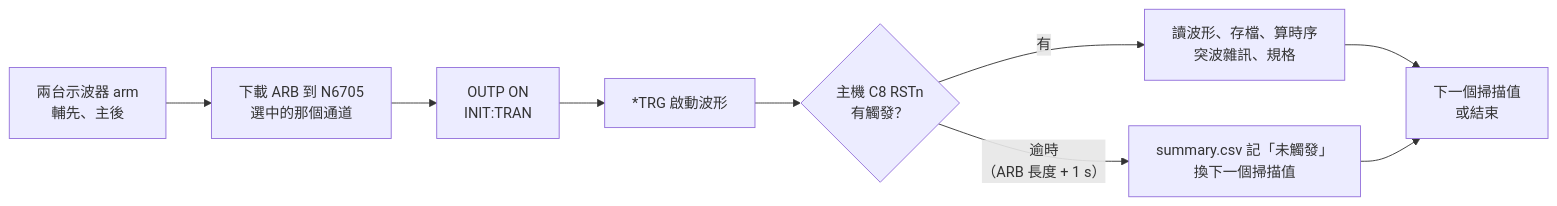
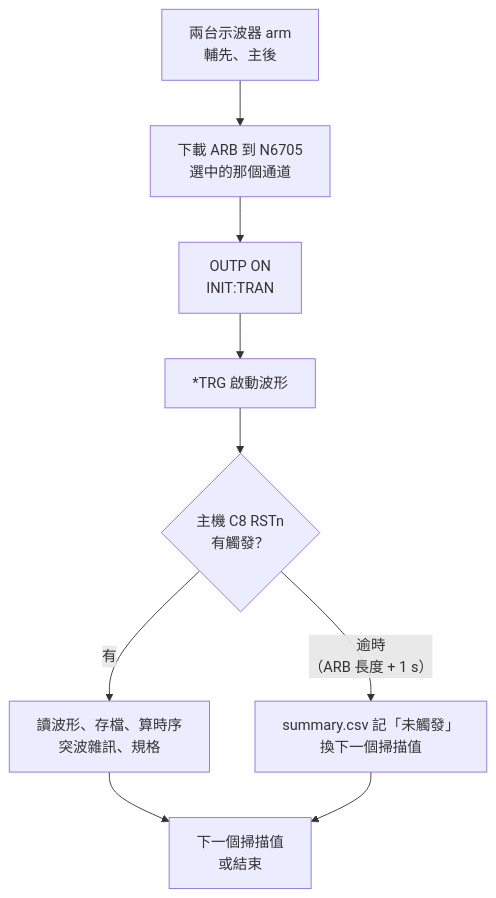
The third of 5 diagrams in docs/操作手冊.md (Jacky56-wei/8208-6104-Remote-Console), drawn with Mermaid before and after one commit. The commit also changed other lines of this file and 2 other files, not shown here.

````diff
--- a/docs/操作手冊.md
+++ b/docs/操作手冊.md
@@ -413,11 +443,11 @@
 ```mermaid
-flowchart LR
+flowchart TD
   A["兩台示波器 arm<br/>輔先、主後"] --> B["下載 ARB 到 N6705<br/>選中的那個通道"]
   B --> C["OUTP ON<br/>INIT:TRAN"]
   C --> D["*TRG 啟動波形"]
   D --> E{"主機 C8 RSTn<br/>有觸發？"}
   E -->|"有"| F["讀波形、存檔、算時序<br/>突波雜訊、規格"]
   E -->|"逾時<br/>（ARB 長度 + 1 s）"| G["summary.csv 記「未觸發」<br/>換下一個掃描值"]
   F --> H["下一個掃描值<br/>或結束"]
   G --> H
 ```
````
